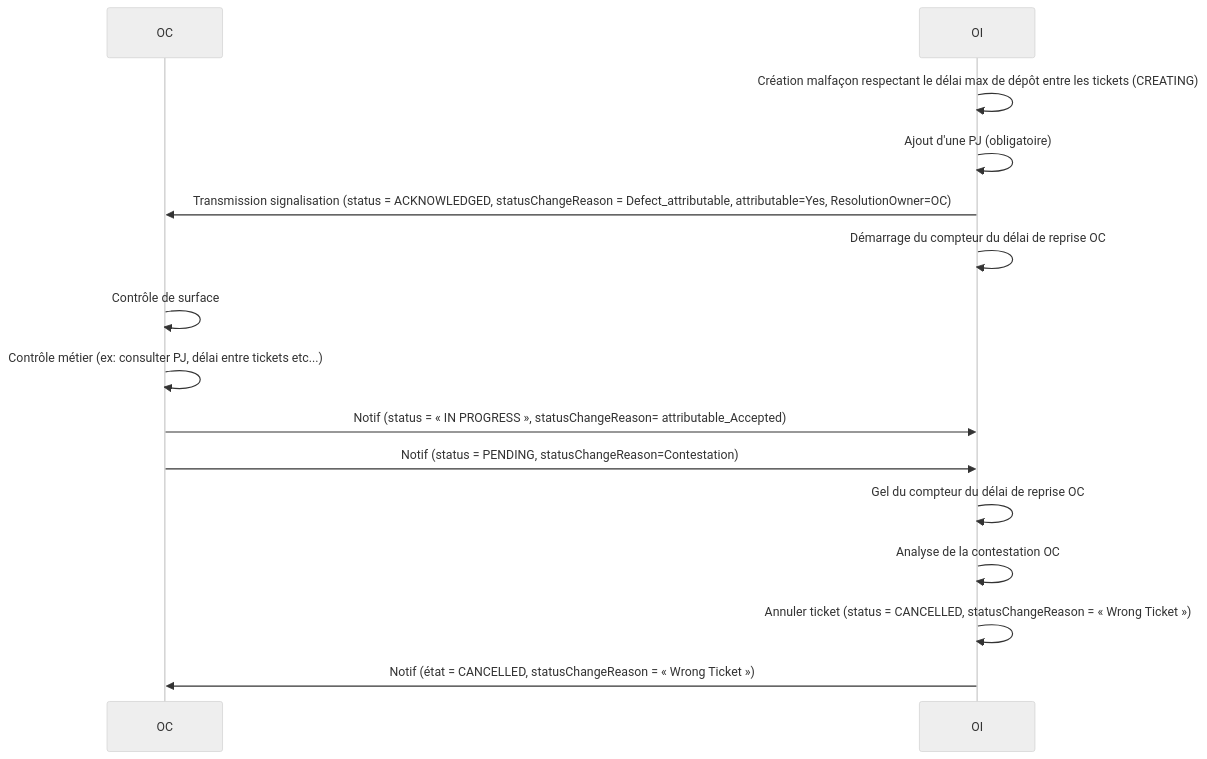
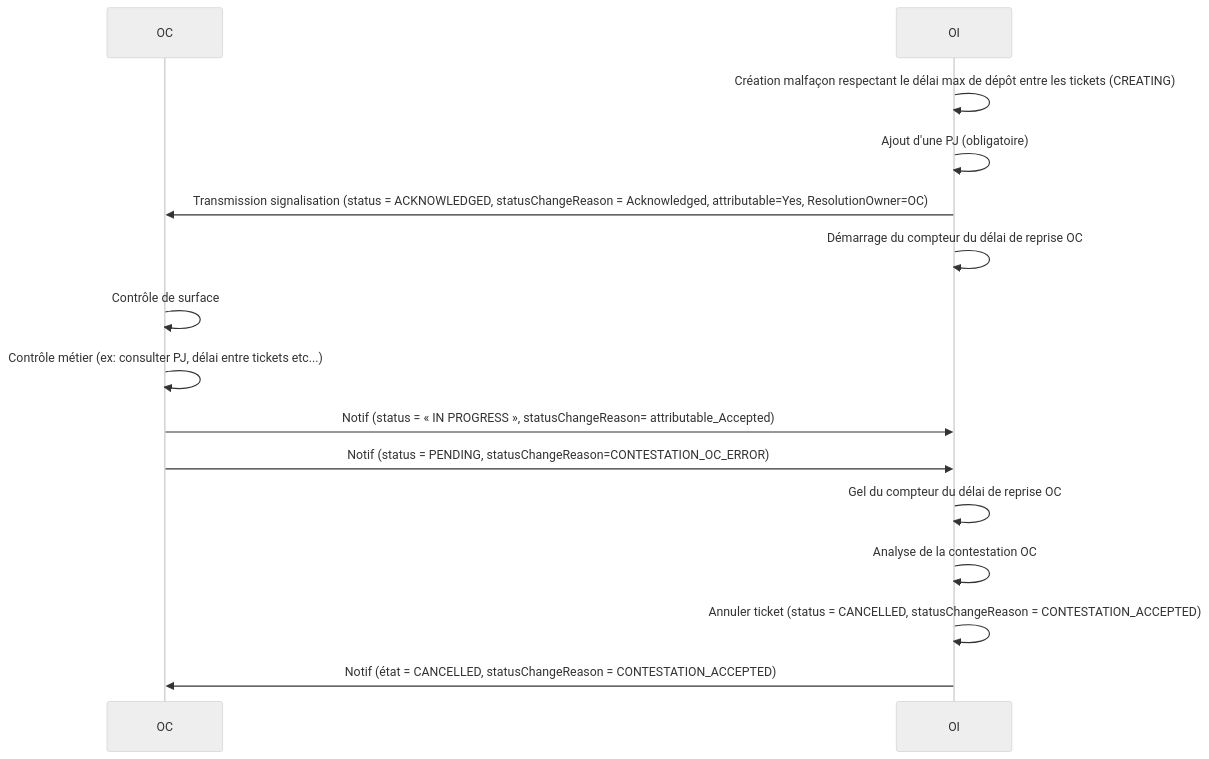
The eighth of 12 diagrams in README.md (before-interop/malfacon), drawn with Mermaid (neutral theme) before and after one commit. The commit also changed other lines of this file, not shown here.

````diff
--- a/README.md
+++ b/README.md
@@ -546,19 +546,19 @@
 ```mermaid
 sequenceDiagram
 
   participant OC
   participant OI
 
   OI->>OI: Création malfaçon respectant le délai max de dépôt entre les tickets (CREATING)
   OI->>OI: Ajout d'une PJ (obligatoire)
-  OI->>OC: Transmission signalisation (status = ACKNOWLEDGED, statusChangeReason = Defect_attributable, attributable=Yes, ResolutionOwner=OC)
+  OI->>OC: Transmission signalisation (status = ACKNOWLEDGED, statusChangeReason = Acknowledged, attributable=Yes, ResolutionOwner=OC)
   OI->>OI: Démarrage du compteur du délai de reprise OC
   OC->>OC: Contrôle de surface
   OC->>OC: Contrôle métier (ex: consulter PJ, délai entre tickets etc...)
   OC->>OI: Notif (status = « IN PROGRESS », statusChangeReason= attributable_Accepted)
-  OC->>OI: Notif (status = PENDING, statusChangeReason=Contestation)
+  OC->>OI: Notif (status = PENDING, statusChangeReason=CONTESTATION_OC_ERROR)
   OI->>OI: Gel du compteur du délai de reprise OC
   OI->>OI: Analyse de la contestation OC
-  OI->>OI: Annuler ticket (status = CANCELLED, statusChangeReason = « Wrong Ticket »)
-  OI->>OC: Notif (état = CANCELLED, statusChangeReason = « Wrong Ticket »)
+  OI->>OI: Annuler ticket (status = CANCELLED, statusChangeReason = CONTESTATION_ACCEPTED)
+  OI->>OC: Notif (état = CANCELLED, statusChangeReason = CONTESTATION_ACCEPTED)
 ```
````
